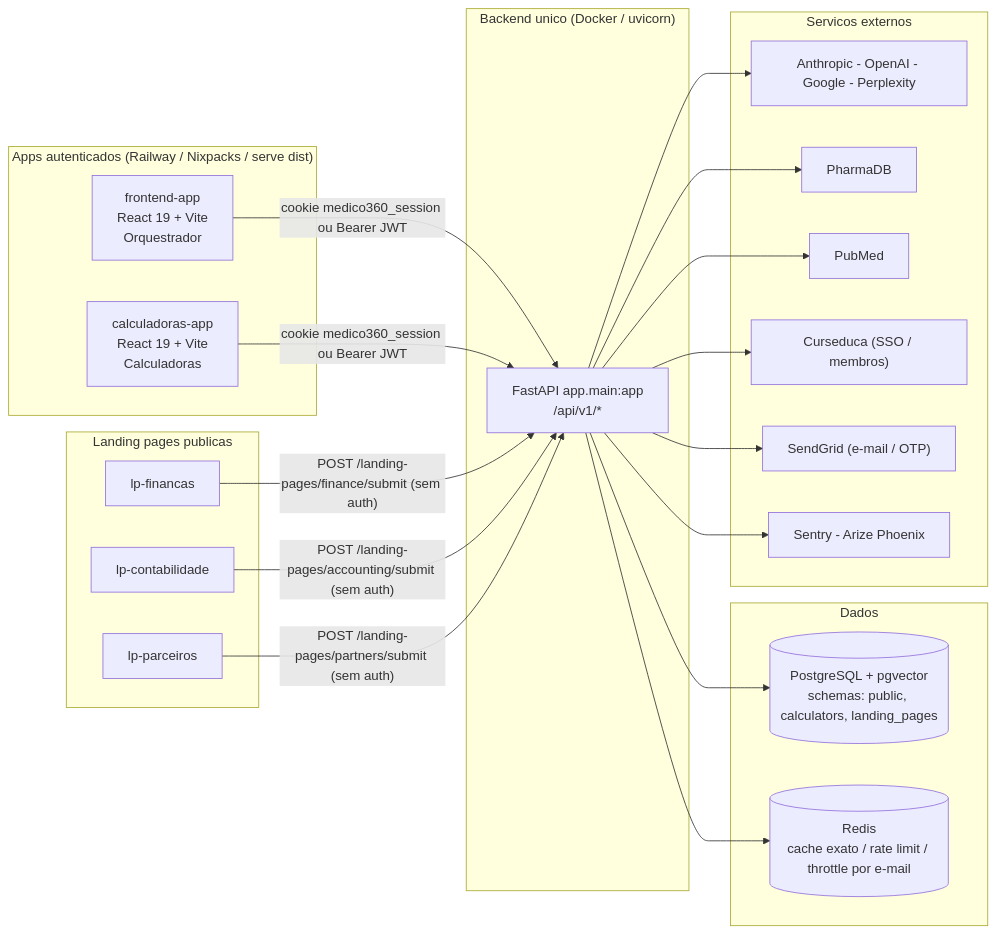
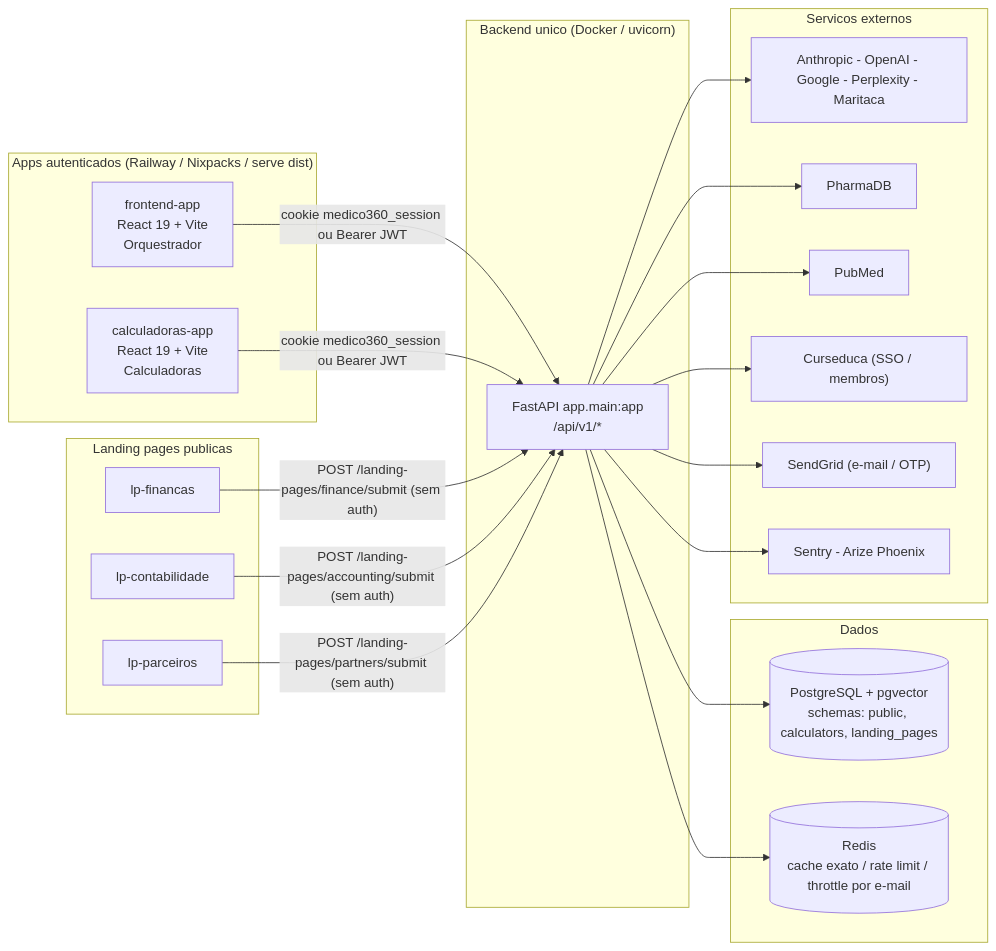
One commit to siedlarczyk-98/IA-Medico-360 changed the first of 3 diagrams in docs/ARQUITETURA_TECNICA.md. Above: the diagram before and after it, drawn with Mermaid. The commit also changed other lines of this file, not shown here.

````diff
--- a/docs/ARQUITETURA_TECNICA.md
+++ b/docs/ARQUITETURA_TECNICA.md
@@ -79,45 +129,45 @@
 ```mermaid
 flowchart LR
     subgraph Apps["Apps autenticados (Railway / Nixpacks / serve dist)"]
         FA["frontend-app<br/>React 19 + Vite<br/>Orquestrador"]
         CA["calculadoras-app<br/>React 19 + Vite<br/>Calculadoras"]
     end
 
     subgraph LPs["Landing pages publicas"]
         LF["lp-financas"]
         LC["lp-contabilidade"]
         LPP["lp-parceiros"]
     end
 
     subgraph Backend["Backend unico (Docker / uvicorn)"]
         API["FastAPI app.main:app<br/>/api/v1/*"]
     end
 
     subgraph Dados["Dados"]
         PG[("PostgreSQL + pgvector<br/>schemas: public, calculators, landing_pages")]
         RD[("Redis<br/>cache exato / rate limit / throttle por e-mail")]
     end
 
     subgraph Externos["Servicos externos"]
-        LLM["Anthropic - OpenAI - Google - Perplexity"]
+        LLM["Anthropic - OpenAI - Google - Perplexity - Maritaca"]
         PHARMA["PharmaDB"]
         PUBMED["PubMed"]
         CURSE["Curseduca (SSO / membros)"]
         SG["SendGrid (e-mail / OTP)"]
         OBS["Sentry - Arize Phoenix"]
     end
 
     FA -- "cookie medico360_session ou Bearer JWT" --> API
     CA -- "cookie medico360_session ou Bearer JWT" --> API
     LF -- "POST /landing-pages/finance/submit (sem auth)" --> API
     LC -- "POST /landing-pages/accounting/submit (sem auth)" --> API
     LPP -- "POST /landing-pages/partners/submit (sem auth)" --> API
     API --> PG
     API --> RD
     API --> LLM
     API --> PHARMA
     API --> PUBMED
     API --> CURSE
     API --> SG
     API --> OBS
 ```
````
